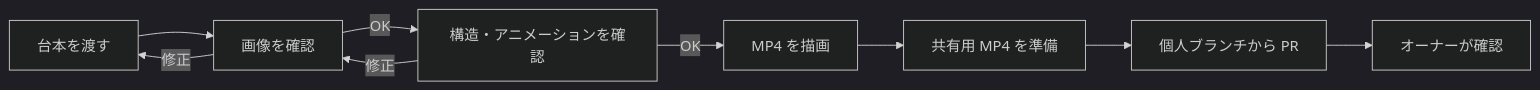
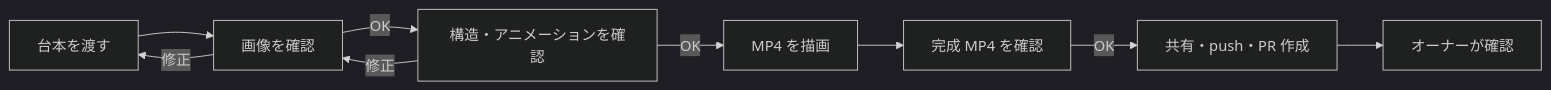
Before and after one commit to kyomu-movie/aka-movie: the diagram in docs/member-guide-ja.md, drawn with Mermaid (dark theme). The commit also changed other lines of this file and 12 other files, not shown here.

````diff
--- a/docs/member-guide-ja.md
+++ b/docs/member-guide-ja.md
@@ -89,11 +89,11 @@
 ```mermaid
 flowchart LR
   A[台本を渡す] --> B[画像を確認]
   B -->|修正| A
   B -->|OK| C[構造・アニメーションを確認]
   C -->|修正| B
   C -->|OK| D[MP4 を描画]
-  D --> E[共有用 MP4 を準備]
-  E --> F[個人ブランチから PR]
+  D --> E[完成 MP4 を確認]
+  E -->|OK| F[共有・push・PR 作成]
   F --> G[オーナーが確認]
 ```
````
